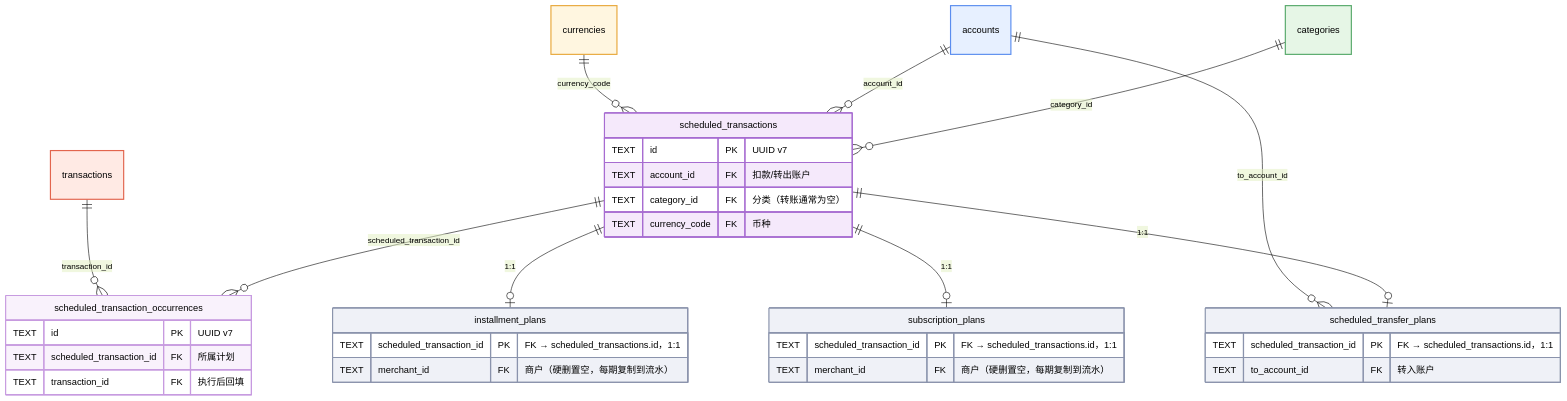
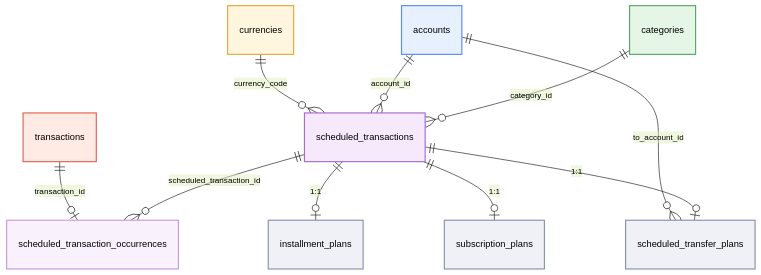
Before and after one commit to asiazhang/ledger: the third of 3 diagrams in docs/model/README.md, drawn with Mermaid (forest theme). The commit also changed other lines of this file and 16 other files, not shown here.

First line of the commit message:
docs(model): 模型文档收口——删单表文档、README 瘦身、ER 图补新实体（#276）

````diff
--- a/docs/model/README.md
+++ b/docs/model/README.md
@@ -157,46 +83,22 @@
 ```mermaid
 erDiagram
-    scheduled_transactions {
-        TEXT id PK "UUID v7"
-        TEXT account_id FK "扣款/转出账户"
-        TEXT category_id FK "分类（转账通常为空）"
-        TEXT currency_code FK "币种"
-    }
-    scheduled_transaction_occurrences {
-        TEXT id PK "UUID v7"
-        TEXT scheduled_transaction_id FK "所属计划"
-        TEXT transaction_id FK "执行后回填"
-    }
-    installment_plans {
-        TEXT scheduled_transaction_id PK "FK → scheduled_transactions.id，1:1"
-        TEXT merchant_id FK "商户（硬删置空，每期复制到流水）"
-    }
-    subscription_plans {
-        TEXT scheduled_transaction_id PK "FK → scheduled_transactions.id，1:1"
-        TEXT merchant_id FK "商户（硬删置空，每期复制到流水）"
-    }
-    scheduled_transfer_plans {
-        TEXT scheduled_transaction_id PK "FK → scheduled_transactions.id，1:1"
-        TEXT to_account_id FK "转入账户"
-    }
-
     currencies ||--o{ scheduled_transactions : "currency_code"
     accounts ||--o{ scheduled_transactions : "account_id"
     accounts ||--o{ scheduled_transfer_plans : "to_account_id"
     categories ||--o{ scheduled_transactions : "category_id"
-    transactions ||--o{ scheduled_transaction_occurrences : "transaction_id"
+    transactions ||--o| scheduled_transaction_occurrences : "transaction_id"
     scheduled_transactions ||--o{ scheduled_transaction_occurrences : "scheduled_transaction_id"
     scheduled_transactions ||--o| installment_plans : "1:1"
     scheduled_transactions ||--o| subscription_plans : "1:1"
     scheduled_transactions ||--o| scheduled_transfer_plans : "1:1"
 
     style currencies fill:#FFF6E0,stroke:#E8A83C,stroke-width:2px
     style accounts fill:#E7F0FF,stroke:#5B8DEF,stroke-width:2px
     style categories fill:#E6F6E6,stroke:#57A96B,stroke-width:2px
     style transactions fill:#FFEAE4,stroke:#E2654D,stroke-width:2px
     style scheduled_transactions fill:#F5E9FB,stroke:#A76CD1,stroke-width:2px
     style scheduled_transaction_occurrences fill:#F9F2FC,stroke:#C79BE0,stroke-width:2px
     style installment_plans fill:#EFF1F7,stroke:#8A93AC,stroke-width:2px
     style subscription_plans fill:#EFF1F7,stroke:#8A93AC,stroke-width:2px
     style scheduled_transfer_plans fill:#EFF1F7,stroke:#8A93AC,stroke-width:2px
 ```
````
